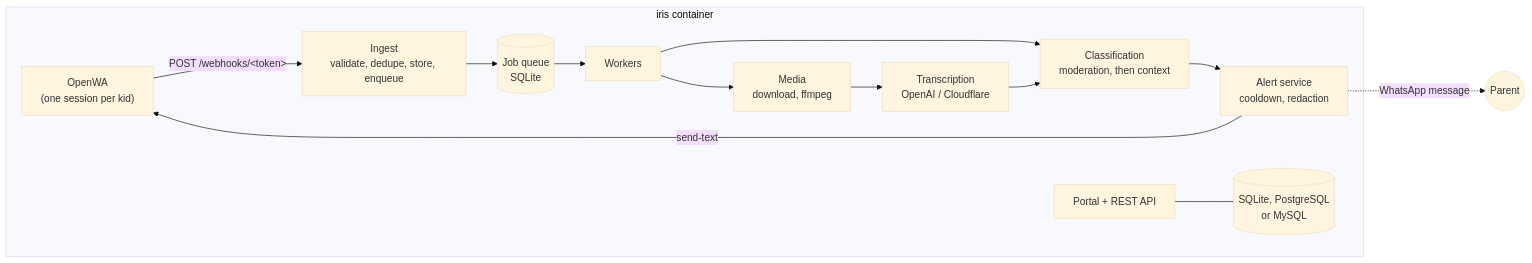
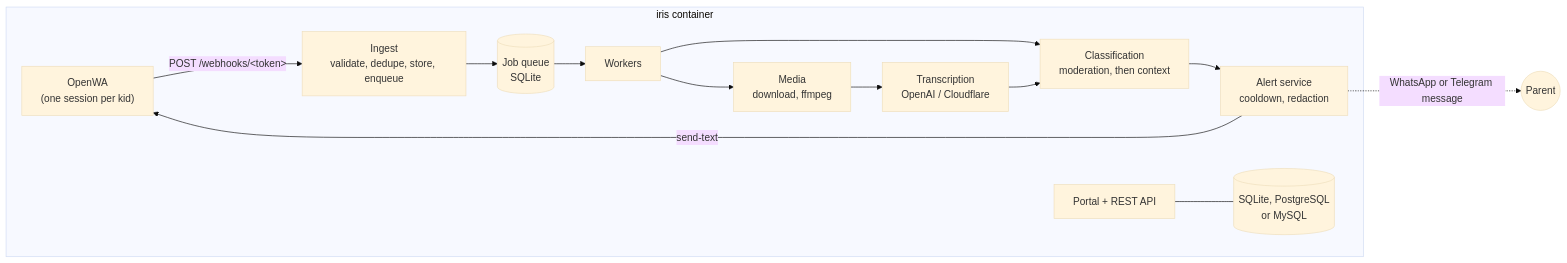
The diagram in README.md (NirBY/Iris), drawn with Mermaid (base theme) before and after one commit. The commit also changed other lines of this file and 2 other files, not shown here.

Commit message:
docs: document the Telegram alert channel

````diff
--- a/README.md
+++ b/README.md
@@ -75,16 +76,16 @@
 ```mermaid
 flowchart LR
     OW["OpenWA<br/>(one session per kid)"] -- "POST /webhooks/&lt;token&gt;" --> IN
     subgraph iris ["iris container"]
         IN["Ingest<br/>validate, dedupe, store, enqueue"] --> Q[("Job queue<br/>SQLite")]
         Q --> W["Workers"]
         W --> M["Media<br/>download, ffmpeg"]
         M --> T["Transcription<br/>OpenAI / Cloudflare"]
         W --> C["Classification<br/>moderation, then context"]
         T --> C
         C --> A["Alert service<br/>cooldown, redaction"]
         A -- "send-text" --> OW
         UI["Portal + REST API"] --- DB[("SQLite, PostgreSQL<br/>or MySQL")]
     end
-    A -. "WhatsApp message" .-> P(("Parent"))
+    A -. "WhatsApp or Telegram message" .-> P(("Parent"))
 ```
````
